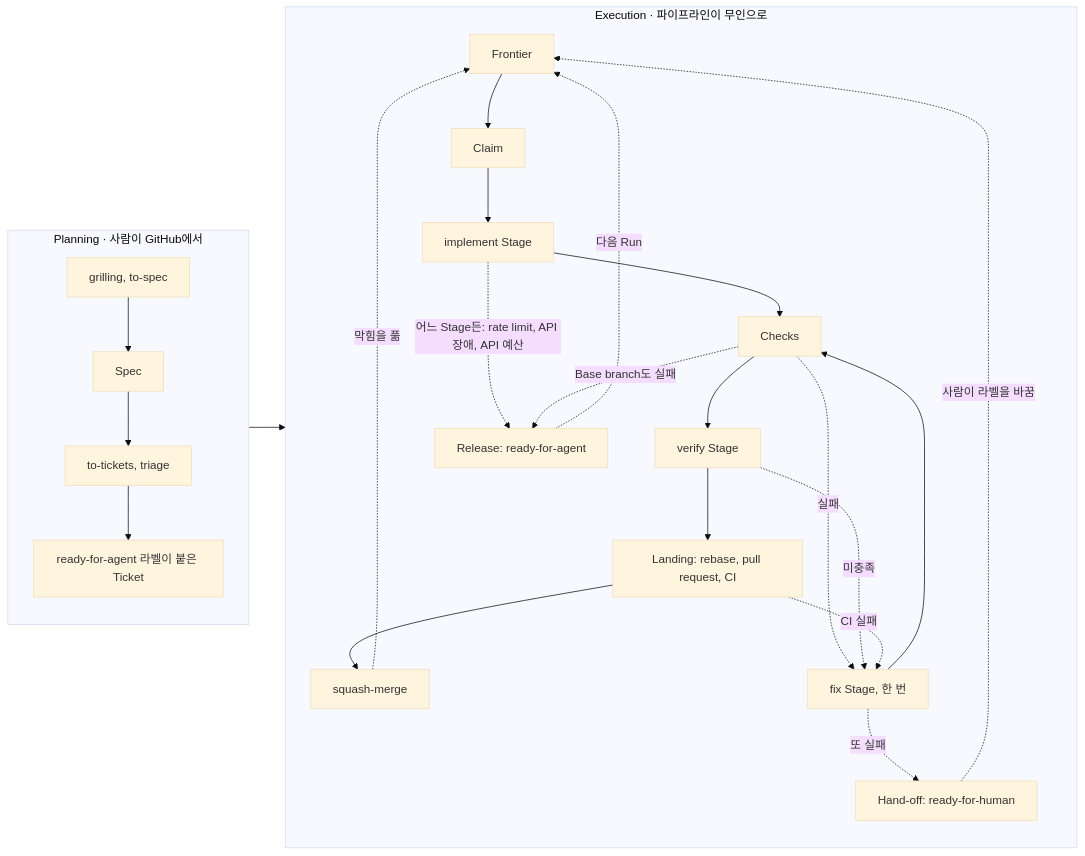
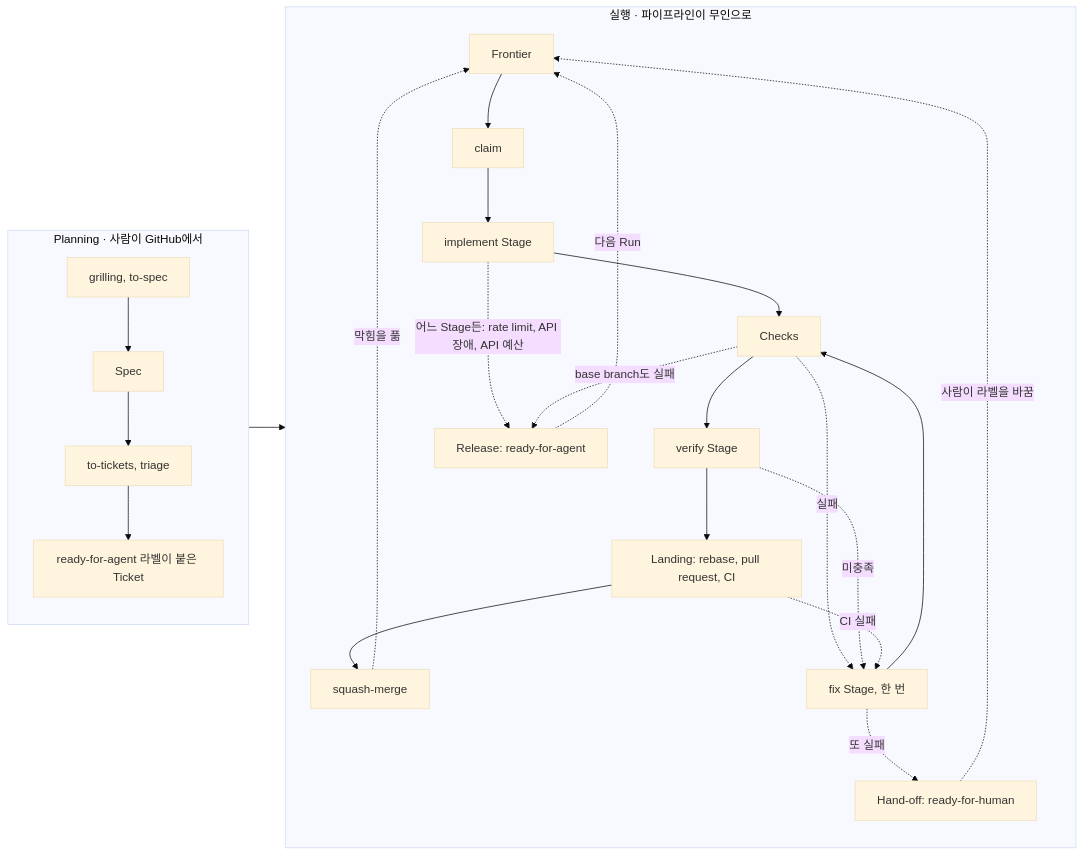
Before and after one commit to jjongs2/ticket-runner: the diagram in wiki/ko/index.md, drawn with Mermaid (base theme). The commit also changed other lines of this file and 20 other files, not shown here.

````diff
--- a/wiki/ko/index.md
+++ b/wiki/ko/index.md
@@ -54,29 +54,29 @@
 ```mermaid
 flowchart LR
   subgraph Planning["Planning · 사람이 GitHub에서"]
     direction TB
     G["grilling, to-spec"] --> S[Spec]
     S --> T["to-tickets, triage"]
     T --> R["ready-for-agent 라벨이 붙은 Ticket"]
   end
-  subgraph Execution["Execution · 파이프라인이 무인으로"]
+  subgraph Execution["실행 · 파이프라인이 무인으로"]
     direction TB
-    F[Frontier] --> C[Claim]
+    F[Frontier] --> C[claim]
     C --> I[implement Stage]
     I --> K[Checks]
     K --> V[verify Stage]
     V --> L["Landing: rebase, pull request, CI"]
     L --> M[squash-merge]
     K -. 실패 .-> X["fix Stage, 한 번"]
     V -. 미충족 .-> X
     L -. CI 실패 .-> X
     X --> K
     X -. 또 실패 .-> H["Hand-off: ready-for-human"]
     I -. "어느 Stage든: rate limit, API 장애, API 예산" .-> RL["Release: ready-for-agent"]
-    K -. Base branch도 실패 .-> RL
+    K -. base branch도 실패 .-> RL
   end
   R --> F
   M -. 막힘을 풂 .-> F
   H -. 사람이 라벨을 바꿈 .-> F
   RL -. 다음 Run .-> F
 ```
````
